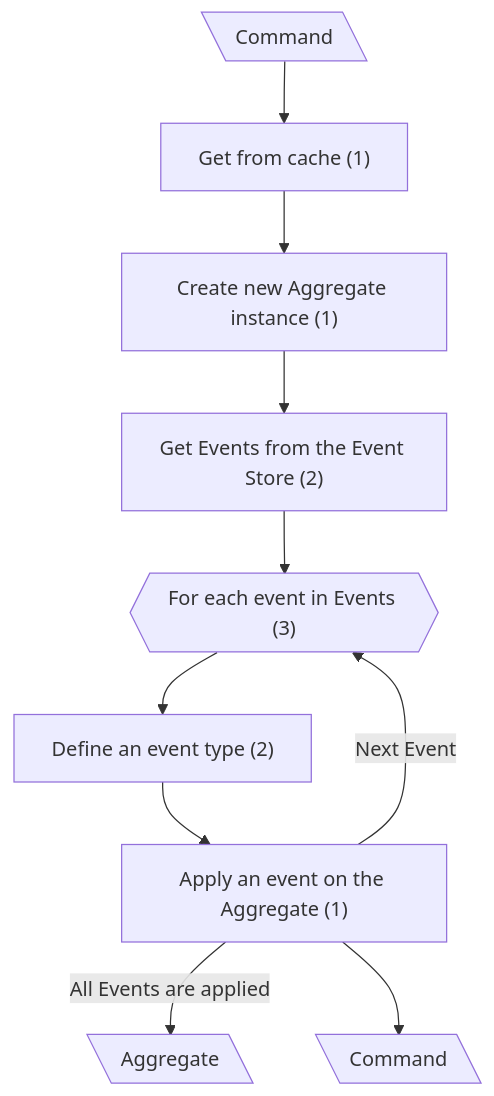
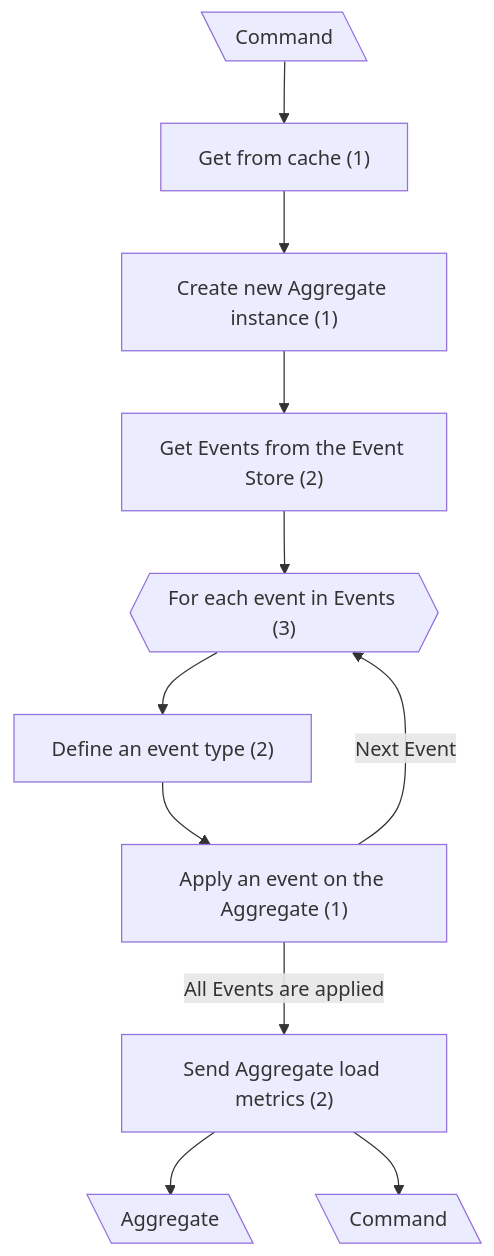
One commit to dmitryhruzin/CQRS-variations-test changed the first of 4 diagrams in docs/CF Complexity/Canonical CQRS -> Classical CQRS/update.md. Above: the diagram before and after it, drawn with Mermaid. The commit also changed other lines of this file and 21 other files, not shown here.

````diff
--- a/docs/CF Complexity/Canonical CQRS -> Classical CQRS/update.md
+++ b/docs/CF Complexity/Canonical CQRS -> Classical CQRS/update.md
@@ -5,14 +5,15 @@
 ```mermaid
 flowchart TD
   classDef mod stroke:#f00
   A@{ shape: lean-l, label: "Command" }
   A --> B["Get from cache (1)"]
   B --> C["Create new Aggregate instance (1)"]
   C --> D["Get Events from the Event Store (2)"]
   D --> E{{"For each event in Events (3)"}}
   E --> F["Define an event type (2)"]
   F --> G["Apply an event on the Aggregate (1)"]
   G --"Next Event"--> E
-  G --"All Events are applied"--> H@{ shape: lean-l, label: "Aggregate" }
-  G --> I@{ shape: lean-l, label: "Command" }
+  G --"All Events are applied"--> M["Send Aggregate load metrics (2)"]
+  M --> H@{ shape: lean-l, label: "Aggregate" }
+  M --> I@{ shape: lean-l, label: "Command" }
 ```
````
